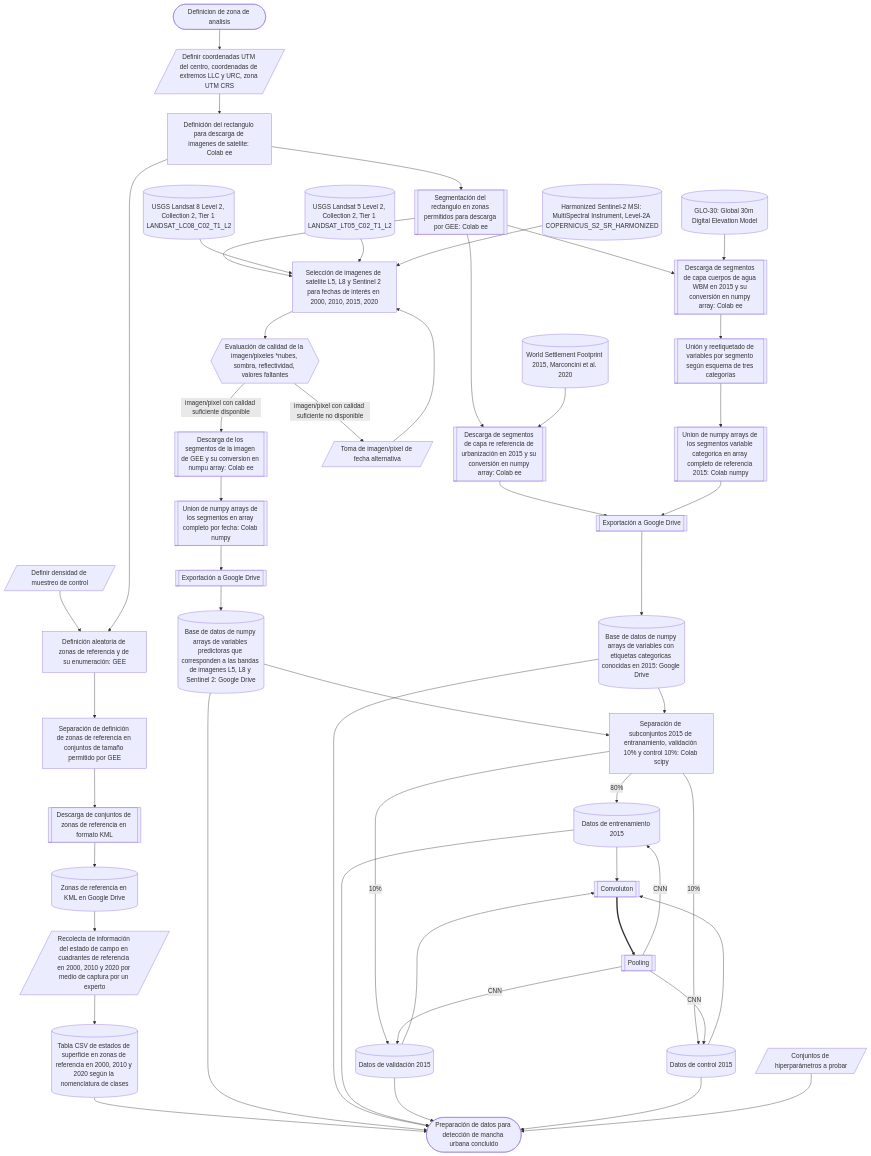
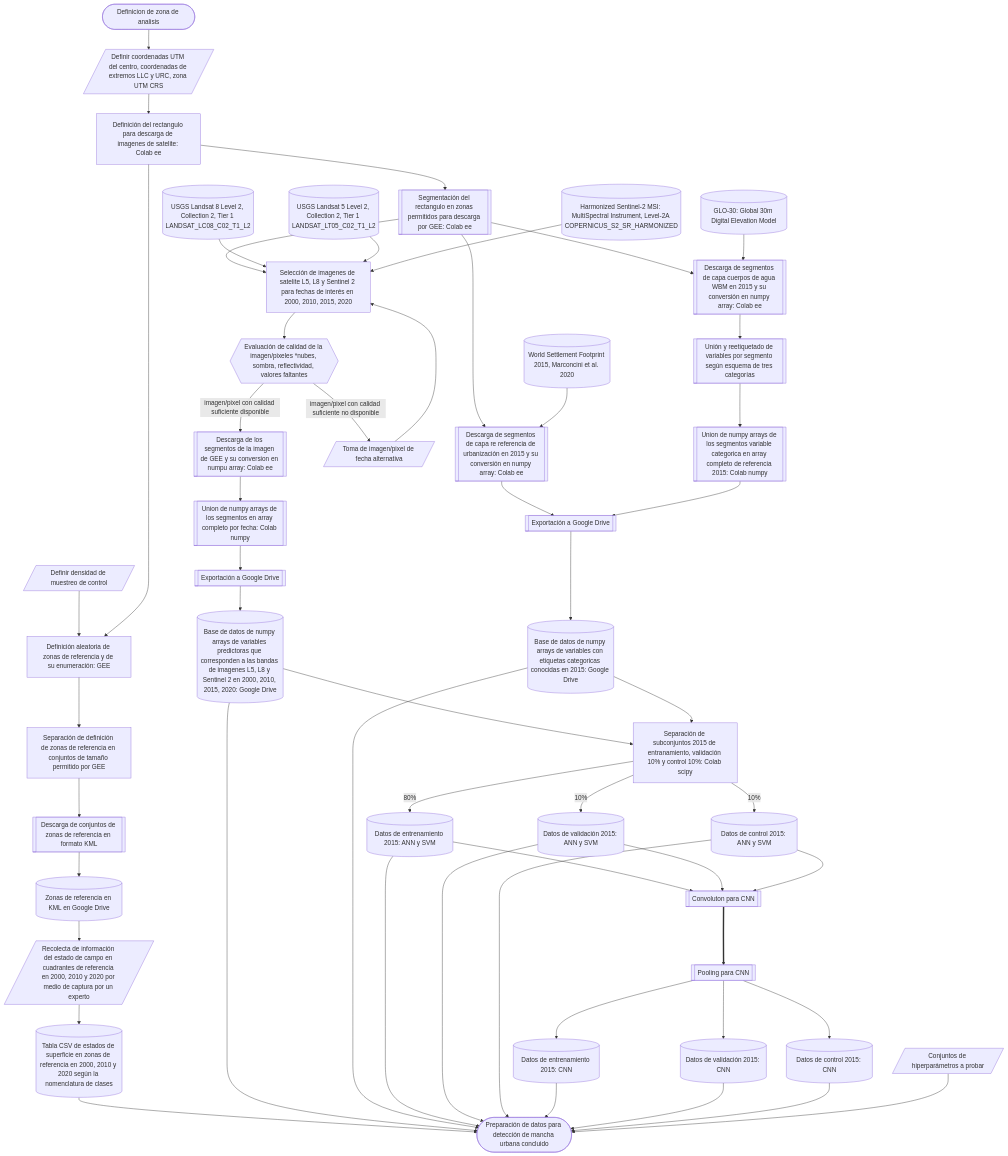
One commit to vshalisko/GEE changed the diagram in AUEM/Esquemas/Esquema_de_procesos1.mermaid. Above: the diagram before and after it, drawn with Mermaid.

```diff
--- a/AUEM/Esquemas/Esquema_de_procesos1.mermaid
+++ b/AUEM/Esquemas/Esquema_de_procesos1.mermaid
@@ -1,60 +1,63 @@
 flowchart TD
   A1([Definicion de zona de analisis])-->B1
   B1[/Definir coordenadas UTM del centro, coordenadas de extremos LLC y URC, zona UTM CRS/]-->C1
   B2[/Definir densidad de muestreo de control/]-->B3
   B3[Definición aleatoria de zonas de referencia y de su enumeración: GEE]-->B4
   B4[Separación de definición de zonas de referencia en conjuntos de tamaño permitido por GEE]-->B5
   B5[[Descarga de conjuntos de zonas de referencia en formato KML]]-->B6
   B6[(Zonas de referencia en KML en Google Drive)]-->B7
   B7[/Recolecta de información del estado de campo en cuadrantes de referencia en 2000, 2010 y 2020 por medio de captura por un experto/]-->B8
   B8[(Tabla CSV de estados de superficie en zonas de referencia en 2000, 2010 y 2020 según la nomenclatura de clases)]-->END
 
   C1[Definición del rectangulo para descarga de imagenes de satelite: Colab ee]-->C2
   C1-->B3
   C2[[Segmentación del rectangulo en zonas permitidos para descarga por GEE: Colab ee]]-->D1
   C2-->C3
   C2-->C4
 
   D01[(USGS Landsat 8 Level 2, Collection 2, Tier 1 LANDSAT_LC08_C02_T1_L2)]-->D1
   D02[(USGS Landsat 5 Level 2, Collection 2, Tier 1 LANDSAT_LT05_C02_T1_L2)]-->D1
   D03[(Harmonized Sentinel-2 MSI: MultiSpectral Instrument, Level-2A COPERNICUS_S2_SR_HARMONIZED)]-->D1
   D1[Selección de imagenes de satelite L5, L8 y Sentinel 2 para fechas de interés en 2000, 2010, 2015, 2020]-->D2
   D2{{Evaluación de calidad de la imagen/pixeles *nubes, sombra, reflectividad, valores faltantes}}
   D2--imagen/pixel con calidad suficiente disponible-->E1
   D2--imagen/pixel con calidad suficiente no disponible-->D3
   D3[/Toma de imagen/pixel de fecha alternativa/]-->D1
   E1[[Descarga de los segmentos de la imagen de GEE y su conversion en numpu array: Colab ee]]-->E2
   E2[[Union de numpy arrays de los segmentos en array completo por fecha: Colab numpy]]-->E3
   E3[[Exportación a Google Drive]]-->E3A
 
-  E3A[(Base de datos de numpy arrays de variables predictoras que corresponden a las bandas de imagenes L5, L8 y Sentinel 2: Google Drive)]-->F1
+  E3A[(Base de datos de numpy arrays de variables predictoras que corresponden a las bandas de imagenes L5, L8 y Sentinel 2 en 2000, 2010, 2015, 2020: Google Drive)]-->F1
   E3A-->END
 
   D04[(World Settlement Footprint 2015, Marconcini et al. 2020)]-->C3
   C3[[Descarga de segmentos de capa re referencia de urbanización en 2015 y su conversión en numpy array: Colab ee]]-->E4
   D05[(GLO-30: Global 30m Digital Elevation Model)]-->C4
   C4[[Descarga de segmentos de capa cuerpos de agua WBM en 2015 y su conversión en numpy array: Colab ee]]-->C5
   C5[[Unión y reetiquetado de variables por segmento según esquema de tres categorías]]-->C6
   C6[[Union de numpy arrays de los segmentos variable categorica en array completo de referencia 2015: Colab numpy]]-->E4
   E4[[Exportación a Google Drive]]-->E4A
 
   E4A[(Base de datos de numpy arrays de variables con etiquetas categoricas conocidas en 2015: Google Drive)]-->F1
   E4A-->END
 
   F1[Separación de subconjuntos 2015 de entranamiento, validación 10% y control 10%: Colab scipy]--80%-->F2A
   F1--10%-->F2B
   F1--10%-->F2C
-  F2A[(Datos de entrenamiento 2015)]-->END
-  F2B[(Datos de validación 2015)]-->END
-  F2C[(Datos de control 2015)]-->END
+  F2A[(Datos de entrenamiento 2015: ANN y SVM)]-->END
+  F2B[(Datos de validación 2015: ANN y SVM)]-->END
+  F2C[(Datos de control 2015: ANN y SVM)]-->END
   F2A-->J2
   F2B-->J2
   F2C-->J2
-  J2[[Convoluton]]==>J3
-  J3[[Pooling]]--CNN-->F2A
-  J3--CNN-->F2B
-  J3--CNN-->F2C
+  J2[[Convoluton para CNN]]==>J3
+  J3[[Pooling para CNN]]-->F3A
+  J3-->F3B
+  J3-->F3C
+  F3A[(Datos de entrenamiento 2015: CNN)]-->END
+  F3B[(Datos de validación 2015: CNN)]-->END
+  F3C[(Datos de control 2015: CNN)]-->END
 
   H1[/Conjuntos de hiperparámetros a probar/]-->END
 
   END([Preparación de datos para detección de mancha urbana concluido])
```
